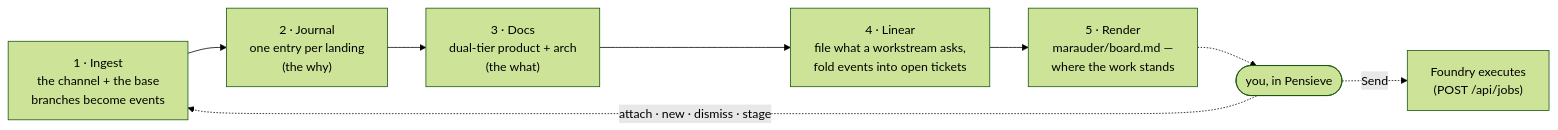
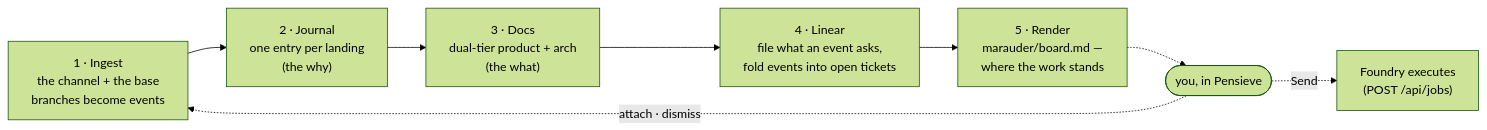
The first of 4 diagrams in apps/argus/README.md (d0nwong/citadel), drawn with Mermaid (forest theme) before and after one commit. The commit also changed other lines of this file and 32 other files, not shown here.

````diff
--- a/apps/argus/README.md
+++ b/apps/argus/README.md
@@ -38,15 +38,15 @@
 ```mermaid
 flowchart LR
     ingest["1 · Ingest<br/>the channel + the base<br/>branches become events"]
     journal["2 · Journal<br/>one entry per landing<br/>(the why)"]
     docs["3 · Docs<br/>dual-tier product + arch<br/>(the what)"]
-    tickets["4 · Linear<br/>file what a workstream asks,<br/>fold events into open tickets"]
+    tickets["4 · Linear<br/>file what an event asks,<br/>fold events into open tickets"]
     board["5 · Render<br/>marauder/board.md —<br/>where the work stands"]
     decide(["you, in Pensieve"])
     foundry["Foundry executes<br/>(POST /api/jobs)"]
 
     ingest --> journal --> docs --> tickets --> board
     board -.-> decide
     decide -. "Send" .-> foundry
-    decide -. "attach · new · dismiss · stage" .-> ingest
+    decide -. "attach · dismiss" .-> ingest
 ```
````
